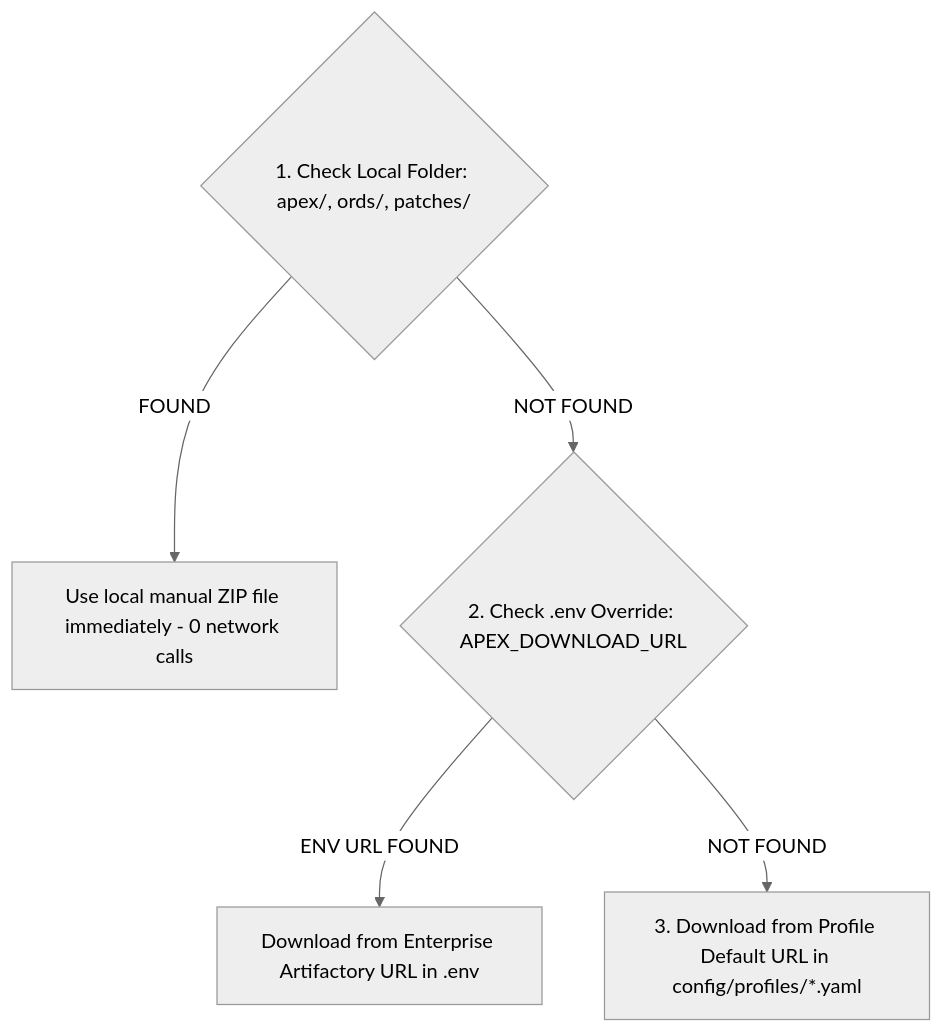
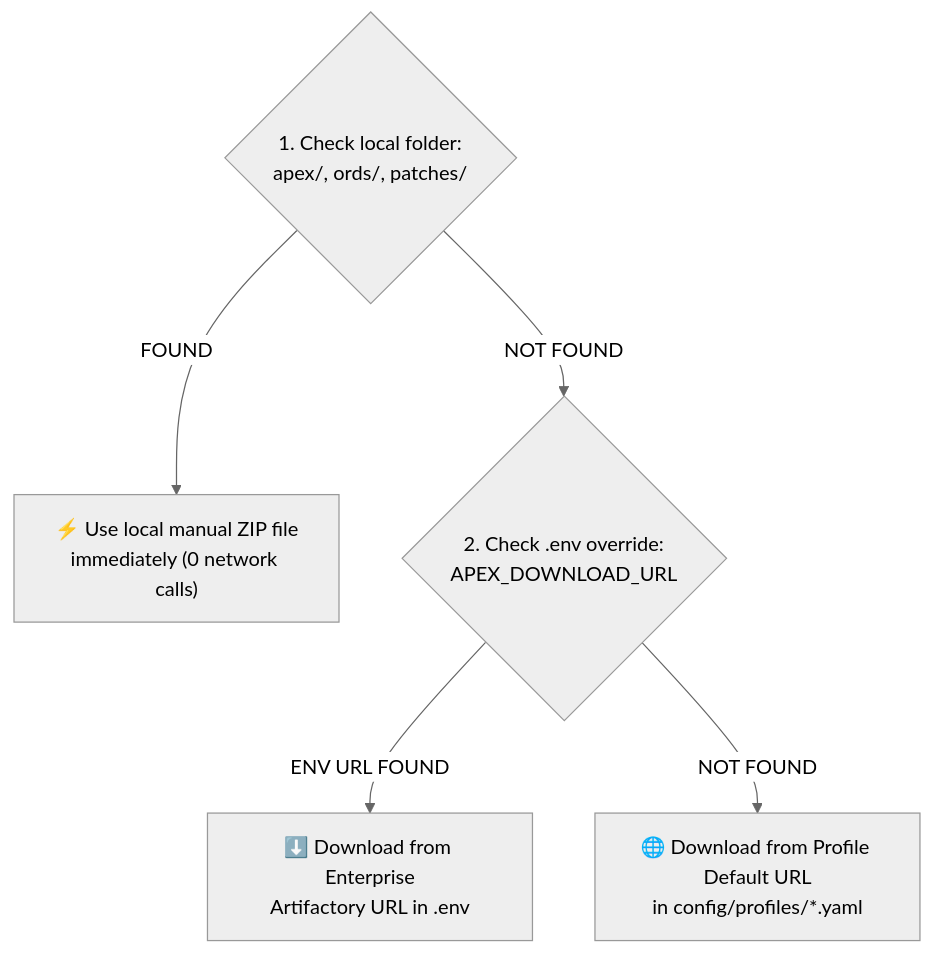
The third of 4 diagrams in docs/db-profiles-and-topology.md (alahe/oracle-devops-platform), drawn with Mermaid (neutral theme) before and after one commit. The commit also changed 412 other files, not shown here.

````diff
--- a/docs/db-profiles-and-topology.md
+++ b/docs/db-profiles-and-topology.md
@@ -61,9 +61,9 @@
 ```mermaid
 flowchart TD
-    CheckLocal{1. Check Local Folder: apex/, ords/, patches/}
-    CheckLocal -->|FOUND| UseLocal[Use local manual ZIP file immediately - 0 network calls]
-    CheckLocal -->|NOT FOUND| CheckEnvURL{2. Check .env Override: APEX_DOWNLOAD_URL}
+    CheckLocal{"1. Check local folder:<br/>apex/, ords/, patches/"}
+    CheckLocal -->|FOUND| UseLocal["⚡ Use local manual ZIP file<br/>immediately (0 network calls)"]
+    CheckLocal -->|NOT FOUND| CheckEnvURL{"2. Check .env override:<br/>APEX_DOWNLOAD_URL"}
     
-    CheckEnvURL -->|ENV URL FOUND| DownloadEnv[Download from Enterprise Artifactory URL in .env]
-    CheckEnvURL -->|NOT FOUND| DownloadProfile[3. Download from Profile Default URL in config/profiles/*.yaml]
+    CheckEnvURL -->|ENV URL FOUND| DownloadEnv["⬇️ Download from Enterprise<br/>Artifactory URL in .env"]
+    CheckEnvURL -->|NOT FOUND| DownloadProfile["🌐 Download from Profile Default URL<br/>in config/profiles/*.yaml"]
 ```
````
